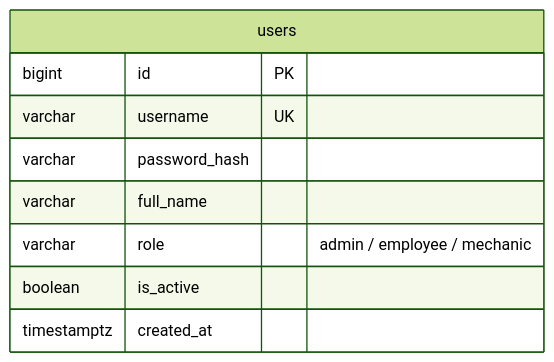
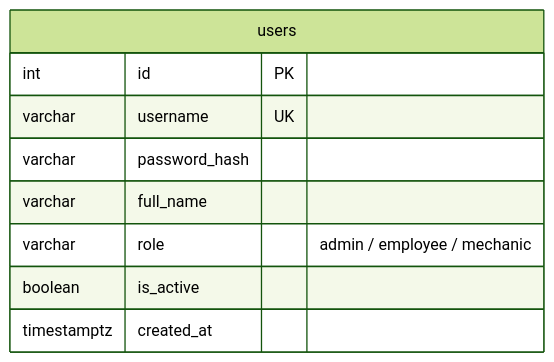
The second of 8 diagrams in data_model.md (kaewjamsai0193/Garage_Final_Project), drawn with Mermaid (forest theme) before and after one commit. The commit also changed other lines of this file and 3 other files, not shown here.

````diff
--- a/data_model.md
+++ b/data_model.md
@@ -44,12 +44,12 @@
 ```mermaid
 erDiagram
     users {
-        bigint id PK
+        int id PK
         varchar username UK
         varchar password_hash
         varchar full_name
         varchar role "admin / employee / mechanic"
         boolean is_active
         timestamptz created_at
     }
 ```
````
